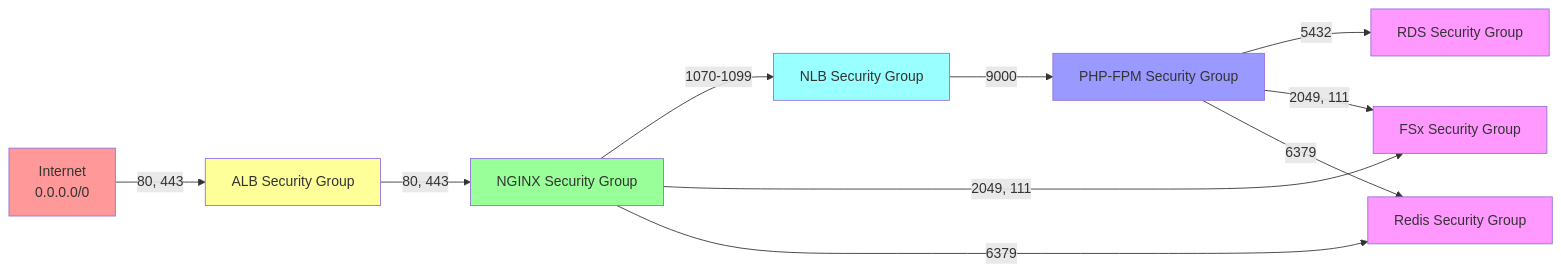
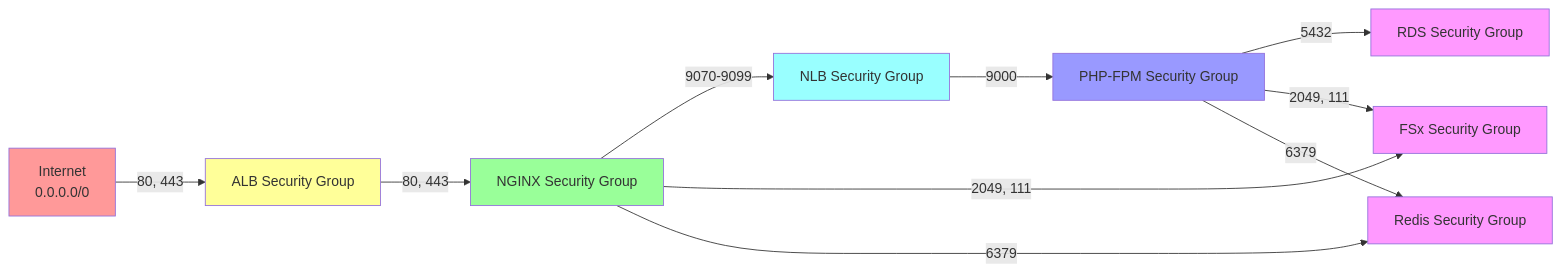
The second of 16 diagrams in docs/ARCHITECTURE.md (worx/cf-scalable-web), drawn with Mermaid before and after one commit. The commit also changed other lines of this file and 21 other files, not shown here.

````diff
--- a/docs/ARCHITECTURE.md
+++ b/docs/ARCHITECTURE.md
@@ -68,21 +68,21 @@
 ```mermaid
 graph LR
     Internet[Internet<br/>0.0.0.0/0] -->|80, 443| ALB[ALB Security Group]
     ALB -->|80, 443| NGINX[NGINX Security Group]
-    NGINX -->|1070-1099| NLB[NLB Security Group]
+    NGINX -->|9070-9099| NLB[NLB Security Group]
     NLB -->|9000| PHP[PHP-FPM Security Group]
     PHP -->|5432| RDS[RDS Security Group]
     NGINX -->|2049, 111| FSx[FSx Security Group]
     PHP -->|2049, 111| FSx
     NGINX -->|6379| Redis[Redis Security Group]
     PHP -->|6379| Redis
 
     style Internet fill:#f99
     style ALB fill:#ff9
     style NGINX fill:#9f9
     style NLB fill:#9ff
     style PHP fill:#99f
     style RDS fill:#f9f
     style FSx fill:#f9f
     style Redis fill:#f9f
 ```
````
